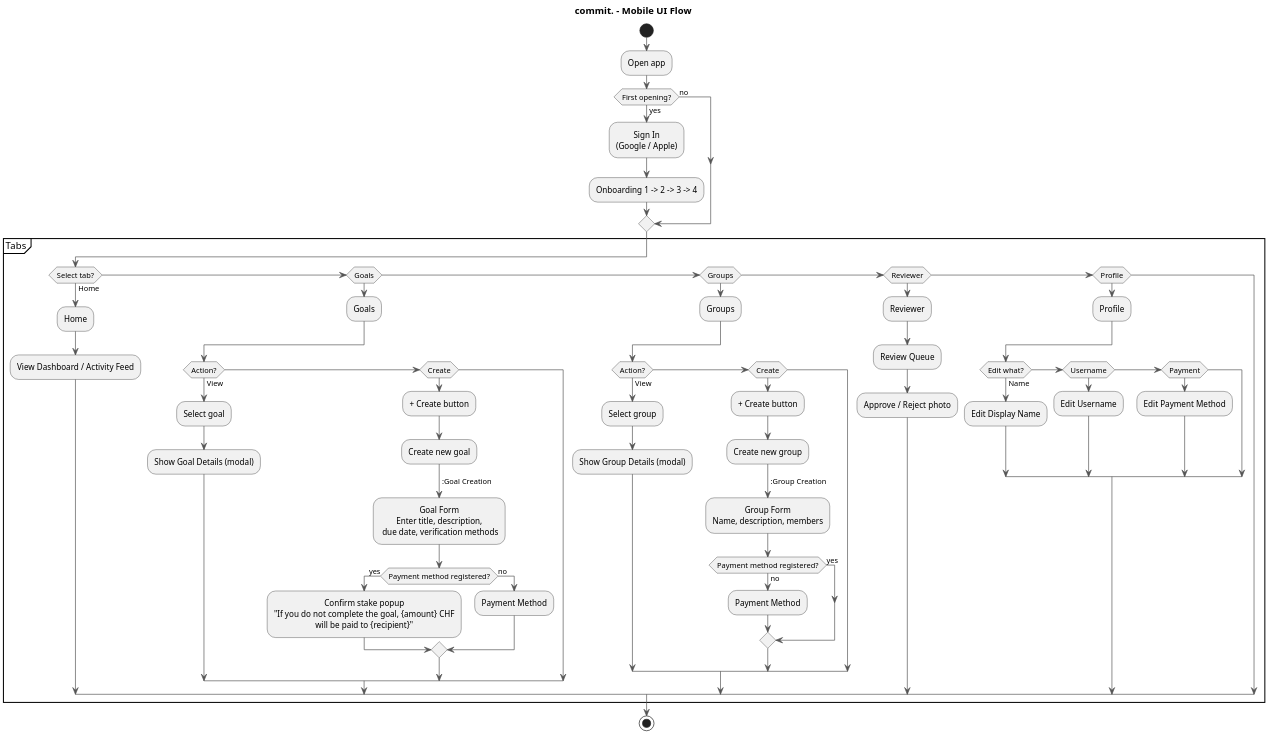
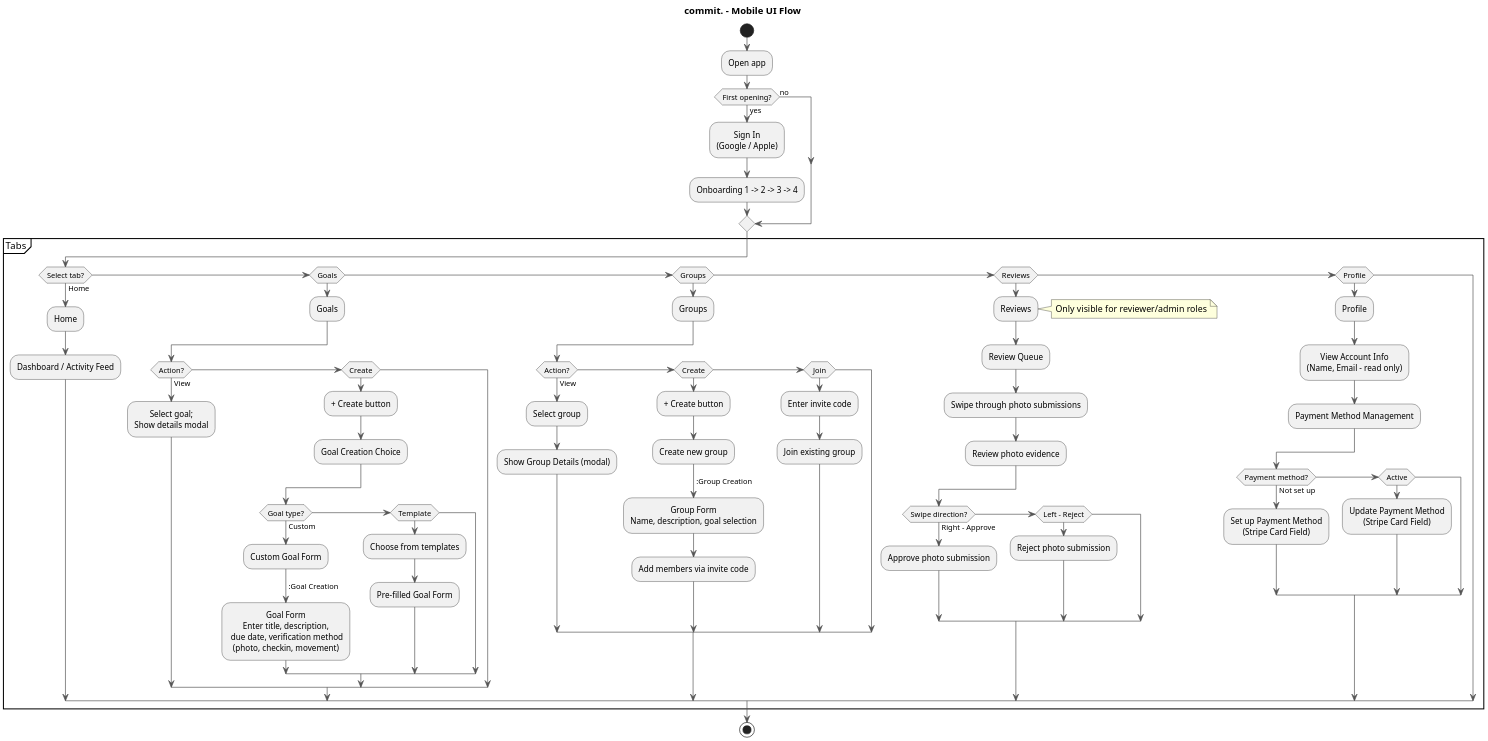
The diagram in docs/ui-flow.puml (getcommitapp/commit), drawn with PlantUML before and after one commit. The commit also changed 6 other files, not shown here.

First line of the commit message:
docs: update uml (#172)

```diff
--- a/docs/ui-flow.puml
+++ b/docs/ui-flow.puml
@@ -1,76 +1,84 @@
 @startuml ui-flow
 title commit. - Mobile UI Flow
 
 skinparam dpi 180
 skinparam ArrowColor #555555
 skinparam ArrowThickness 1
 skinparam defaultTextAlignment center
 skinparam shadowing false
 
 start
 
 :Open app;
 if (First opening?) then (yes)
   :Sign In\n(Google / Apple);
   :Onboarding 1 -> 2 -> 3 -> 4;
 else (no)
 endif
 
-
 partition "Tabs" {
   if (Select tab?) then (Home)
     :Home;
-    :View Dashboard / Activity Feed;
+    :Dashboard / Activity Feed;
   elseif (Goals)
     :Goals;
     if (Action?) then (View)
-      :Select goal;
-      :Show Goal Details (modal);
+      :Select goal;\nShow details modal;
     elseif (Create)
       :+ Create button;
-      :Create new goal;
-      -> :Goal Creation;
-      :Goal Form\nEnter title, description,\n due date, verification methods;
-      if (Payment method registered?) then (yes)
-        :Confirm stake popup\n"If you do not complete the goal, {amount} CHF\nwill be paid to {recipient}";
-      else (no)
-        :Payment Method;
+      :Goal Creation Choice;
+      if (Goal type?) then (Custom)
+        :Custom Goal Form;
+        -> :Goal Creation;
+        :Goal Form\nEnter title, description,\n due date, verification method\n(photo, checkin, movement);
+      elseif (Template)
+        :Choose from templates;
+        :Pre-filled Goal Form;
       endif
     endif
   elseif (Groups)
     :Groups;
     if (Action?) then (View)
       :Select group;
       :Show Group Details (modal);
     elseif (Create)
       :+ Create button;
       :Create new group;
       -> :Group Creation;
-      :Group Form\nName, description, members;
-      if (Payment method registered?) then (yes)
-      else (no)
-        :Payment Method;
-      endif
+      :Group Form\nName, description, goal selection;
+      :Add members via invite code;
+    elseif (Join)
+      :Enter invite code;
+      :Join existing group;
     endif
-  elseif (Reviewer)
-    :Reviewer;
+  elseif (Reviews)
+    :Reviews;
+    note right: Only visible for reviewer/admin roles
     :Review Queue;
-    :Approve / Reject photo;
+    :Swipe through photo submissions;
+    :Review photo evidence;
+    if (Swipe direction?) then (Right - Approve)
+      :Approve photo submission;
+    elseif (Left - Reject)
+      :Reject photo submission;
+    endif
   elseif (Profile)
     :Profile;
-    if (Edit what?) then (Name)
-      :Edit Display Name;
-    elseif (Username)
-      :Edit Username;
-    elseif (Payment)
-      :Edit Payment Method;
+    :View Account Info\n(Name, Email - read only);
+    :Payment Method Management;
+    if (Payment method?) then (Not set up)
+      :Set up Payment Method\n(Stripe Card Field);
+    elseif (Active)
+      :Update Payment Method\n(Stripe Card Field);
     endif
   endif
 }
 
 note right
-  To join a group: invite link required
+  Group joining requires invite code
+  Payment integration via Stripe
+  Multiple verification methods supported
 end note
 
 stop
 @enduml
```
